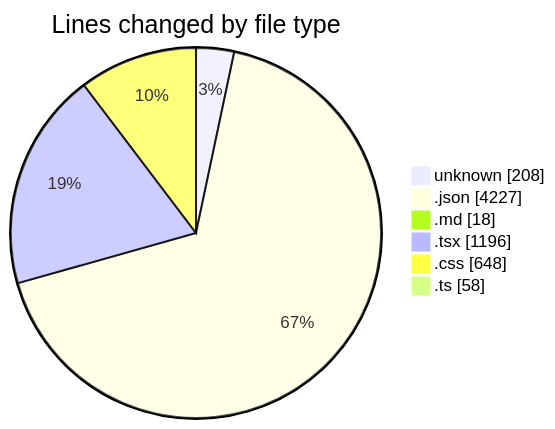
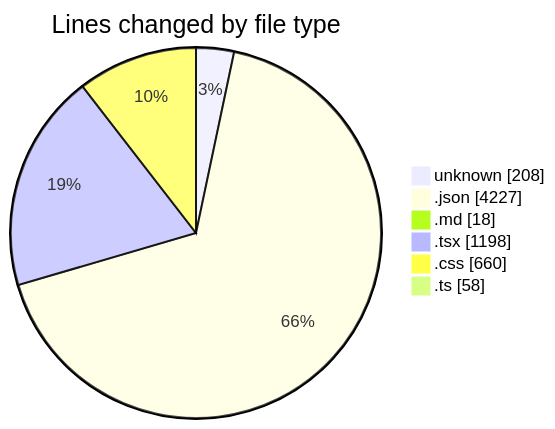
Before and after one commit to EIIisD/code-tracking: the first of 2 diagrams in 2025-08-07/ribbon/README.md, drawn with Mermaid. The commit also changed other lines of this file and 1 other file, not shown here.

````diff
--- a/2025-08-07/ribbon/README.md
+++ b/2025-08-07/ribbon/README.md
@@ -36,10 +36,10 @@
 ```mermaid
 pie showData
 title Lines changed by file type
 "unknown" : 208
 ".json" : 4227
 ".md" : 18
-".tsx" : 1196
-".css" : 648
+".tsx" : 1198
+".css" : 660
 ".ts" : 58
 ```
````
